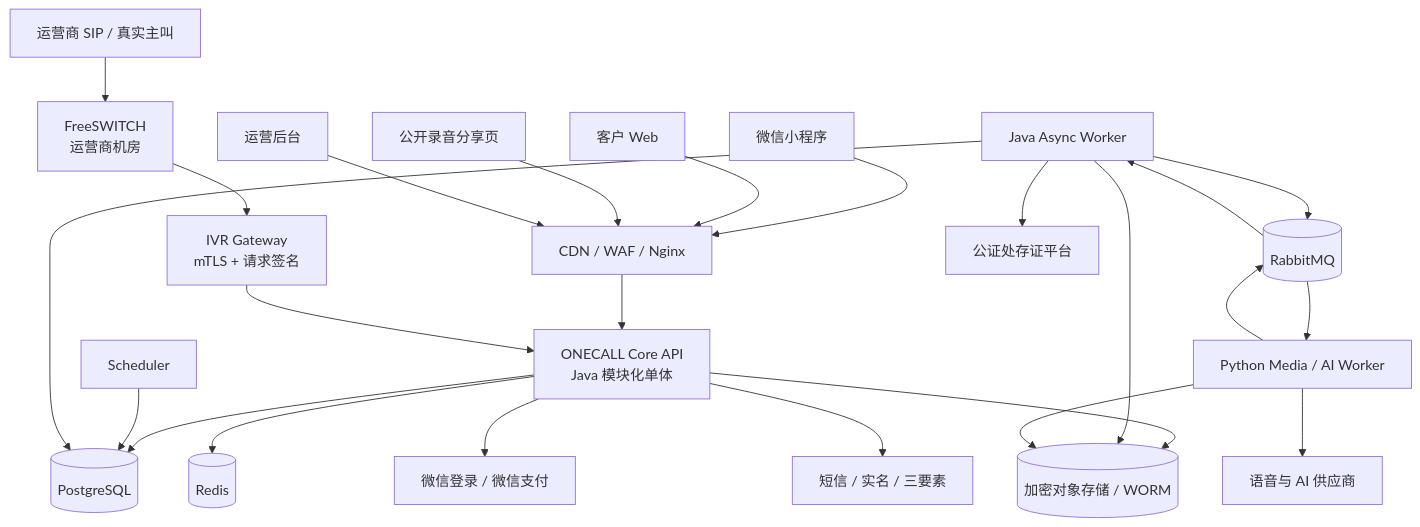
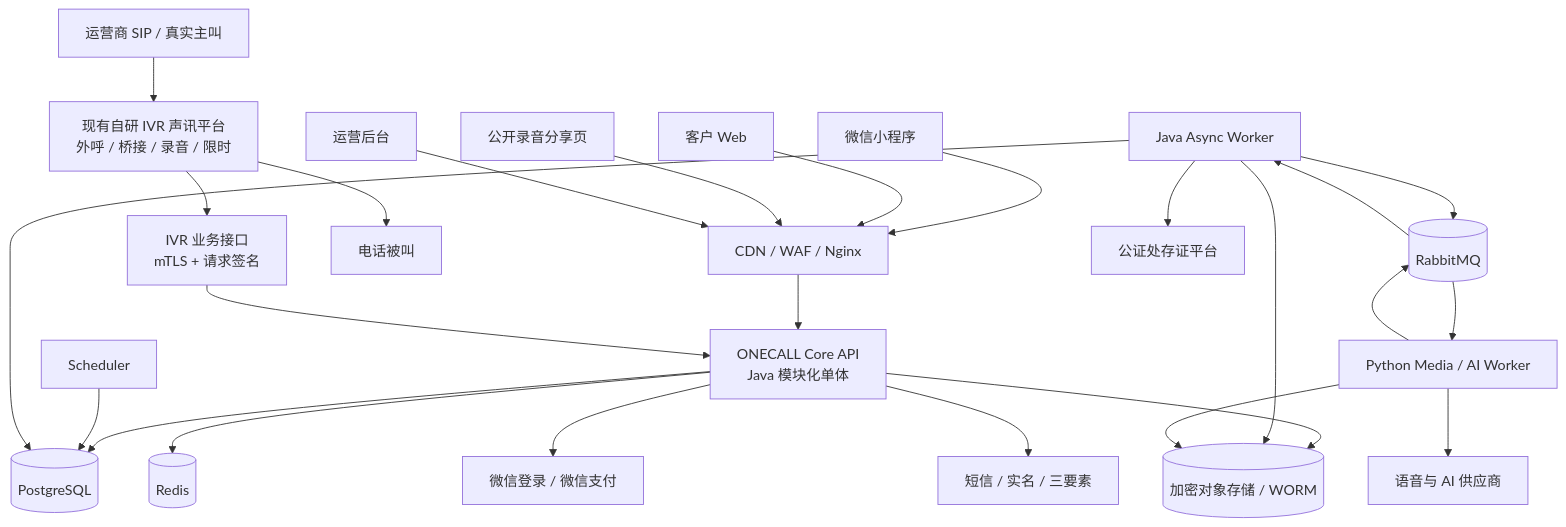
The first of 2 diagrams in docs/12-technology-stack-and-system-architecture.md (zh94695424/one-call), drawn with Mermaid before and after one commit. The commit also changed other lines of this file and 12 other files, not shown here.

````diff
--- a/docs/12-technology-stack-and-system-architecture.md
+++ b/docs/12-technology-stack-and-system-architecture.md
@@ -68,53 +71,55 @@
 ```mermaid
 flowchart TB
     MINI[微信小程序]
     WEB[客户 Web]
     SHARE[公开录音分享页]
     OPS[运营后台]
     EDGE[CDN / WAF / Nginx]
 
     CORE[ONECALL Core API<br/>Java 模块化单体]
     WORKER[Java Async Worker]
     SCHED[Scheduler]
     MEDIA[Python Media / AI Worker]
 
     PG[(PostgreSQL)]
     REDIS[(Redis)]
     MQ[(RabbitMQ)]
     OSS[(加密对象存储 / WORM)]
 
     CARRIER[运营商 SIP / 真实主叫]
-    FS[FreeSWITCH<br/>运营商机房]
-    IVRGW[IVR Gateway<br/>mTLS + 请求签名]
+    CALLEE[电话被叫]
+    IVRPLAT[现有自研 IVR 声讯平台<br/>外呼 / 桥接 / 录音 / 限时]
+    IVRGW[IVR 业务接口<br/>mTLS + 请求签名]
 
     WECHAT[微信登录 / 微信支付]
     VERIFY[短信 / 实名 / 三要素]
     AI[语音与 AI 供应商]
     NOTARY[公证处存证平台]
 
     MINI --> EDGE
     WEB --> EDGE
     SHARE --> EDGE
     OPS --> EDGE
     EDGE --> CORE
 
-    CARRIER --> FS
-    FS --> IVRGW
+    CARRIER --> IVRPLAT
+    IVRPLAT --> CALLEE
+    IVRPLAT --> IVRGW
     IVRGW --> CORE
 
     CORE --> PG
     CORE --> REDIS
     CORE --> OSS
     CORE --> WECHAT
     CORE --> VERIFY
     SCHED --> PG
     WORKER --> MQ
     MQ --> WORKER
     MQ --> MEDIA
     MEDIA --> MQ
     WORKER --> PG
     WORKER --> OSS
     WORKER --> NOTARY
     MEDIA --> OSS
     MEDIA --> AI
 ```
````
